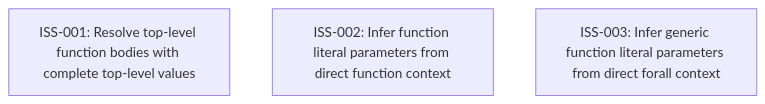
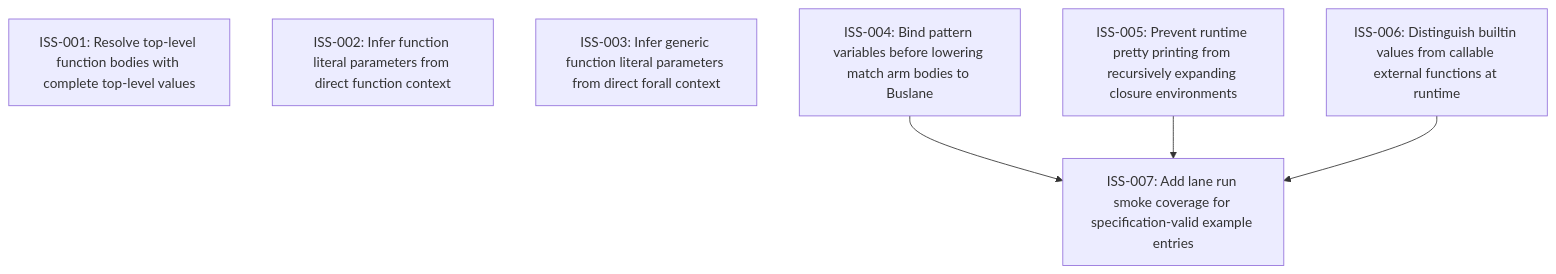
One commit to Milky2018/lane2 changed the diagram in issues/README.md. Above: the diagram before and after it, drawn with Mermaid. The commit also changed other lines of this file and 4 other files, not shown here.

Commit message:
Record lane run smoke issues

````diff
--- a/issues/README.md
+++ b/issues/README.md
@@ -15,6 +24,13 @@
 ```mermaid
 graph TD
   ISS_001["ISS-001: Resolve top-level function bodies with complete top-level values"]
   ISS_002["ISS-002: Infer function literal parameters from direct function context"]
   ISS_003["ISS-003: Infer generic function literal parameters from direct forall context"]
+  ISS_004["ISS-004: Bind pattern variables before lowering match arm bodies to Buslane"]
+  ISS_005["ISS-005: Prevent runtime pretty printing from recursively expanding closure environments"]
+  ISS_006["ISS-006: Distinguish builtin values from callable external functions at runtime"]
+  ISS_007["ISS-007: Add lane run smoke coverage for specification-valid example entries"]
+  ISS_004 --> ISS_007
+  ISS_005 --> ISS_007
+  ISS_006 --> ISS_007
 ```
````
